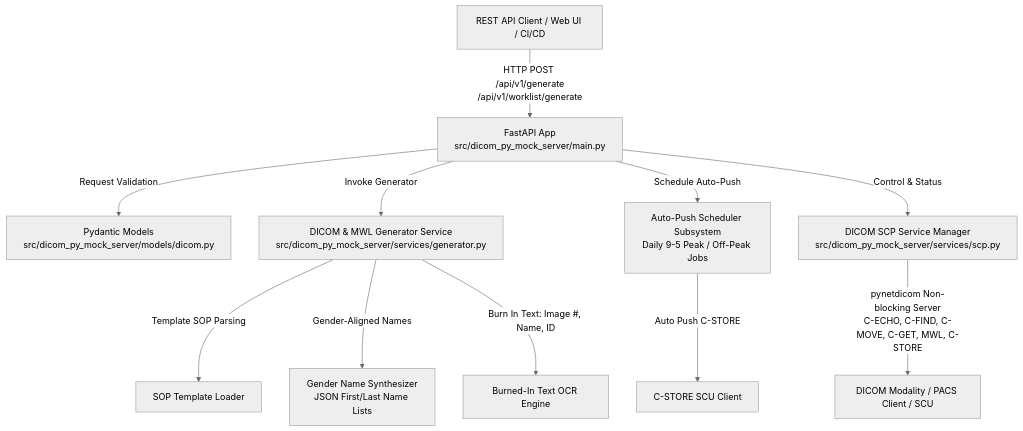
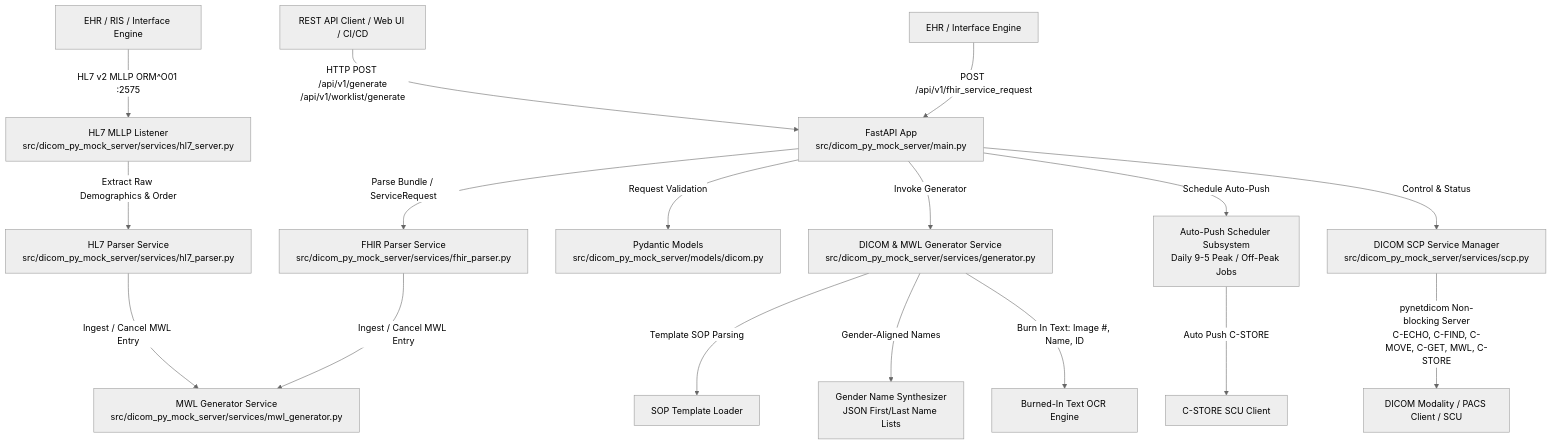
Before and after one commit to gosmart-health/dicom-py-mock-server: the diagram in docs/design/gsms_010_system_design_specification.md, drawn with Mermaid (neutral theme). The commit also changed other lines of this file and 68 other files, not shown here.

First line of the commit message:
Release v0.3.0: Multi-Slice Templates, HL7 v2/FHIR Order Ingestion, DICOM Conformance Statement & Performance Optimizations (#25)

````diff
--- a/docs/design/gsms_010_system_design_specification.md
+++ b/docs/design/gsms_010_system_design_specification.md
@@ -19,13 +19,19 @@
 ```mermaid
 graph TD
     Client[REST API Client / Web UI / CI/CD] -->|HTTP POST /api/v1/generate<br/>/api/v1/worklist/generate| FastAPI[FastAPI App<br/>src/dicom_py_mock_server/main.py]
+    EHR_HL7[EHR / RIS / Interface Engine] -->|HL7 v2 MLLP ORM^O01 :2575| HL7Server[HL7 MLLP Listener<br/>src/dicom_py_mock_server/services/hl7_server.py]
+    EHR_FHIR[EHR / Interface Engine] -->|POST /api/v1/fhir_service_request| FastAPI
+    HL7Server -->|Extract Raw Demographics & Order| HL7Parser[HL7 Parser Service<br/>src/dicom_py_mock_server/services/hl7_parser.py]
+    HL7Parser -->|Ingest / Cancel MWL Entry| MWLService[MWL Generator Service<br/>src/dicom_py_mock_server/services/mwl_generator.py]
+    FastAPI -->|Parse Bundle / ServiceRequest| FHIRParser[FHIR Parser Service<br/>src/dicom_py_mock_server/services/fhir_parser.py]
+    FHIRParser -->|Ingest / Cancel MWL Entry| MWLService
     FastAPI -->|Request Validation| Models[Pydantic Models<br/>src/dicom_py_mock_server/models/dicom.py]
     FastAPI -->|Invoke Generator| Generator[DICOM & MWL Generator Service<br/>src/dicom_py_mock_server/services/generator.py]
     Generator -->|Template SOP Parsing| TemplateLoader[SOP Template Loader]
     Generator -->|Gender-Aligned Names| NameGenerator[Gender Name Synthesizer<br/>JSON First/Last Name Lists]
     Generator -->|Burn In Text: Image #, Name, ID| OCRRenderer[Burned-In Text OCR Engine]
     FastAPI -->|Schedule Auto-Push| Scheduler[Auto-Push Scheduler Subsystem<br/>Daily 9-5 Peak / Off-Peak Jobs]
     Scheduler -->|Auto Push C-STORE| SCPClient[C-STORE SCU Client]
     FastAPI -->|Control & Status| SCP[DICOM SCP Service Manager<br/>src/dicom_py_mock_server/services/scp.py]
     SCP -->|pynetdicom Non-blocking Server<br/>C-ECHO, C-FIND, C-MOVE, C-GET, MWL, C-STORE| DICOMClient[DICOM Modality / PACS Client / SCU]
 ```
````
